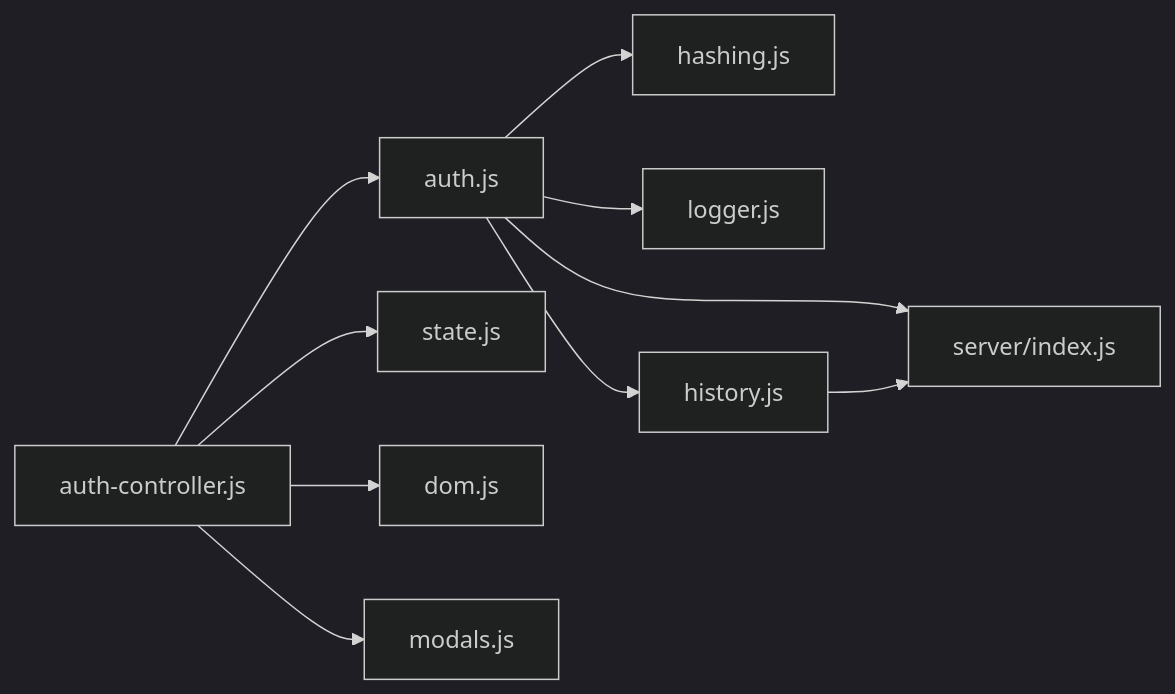
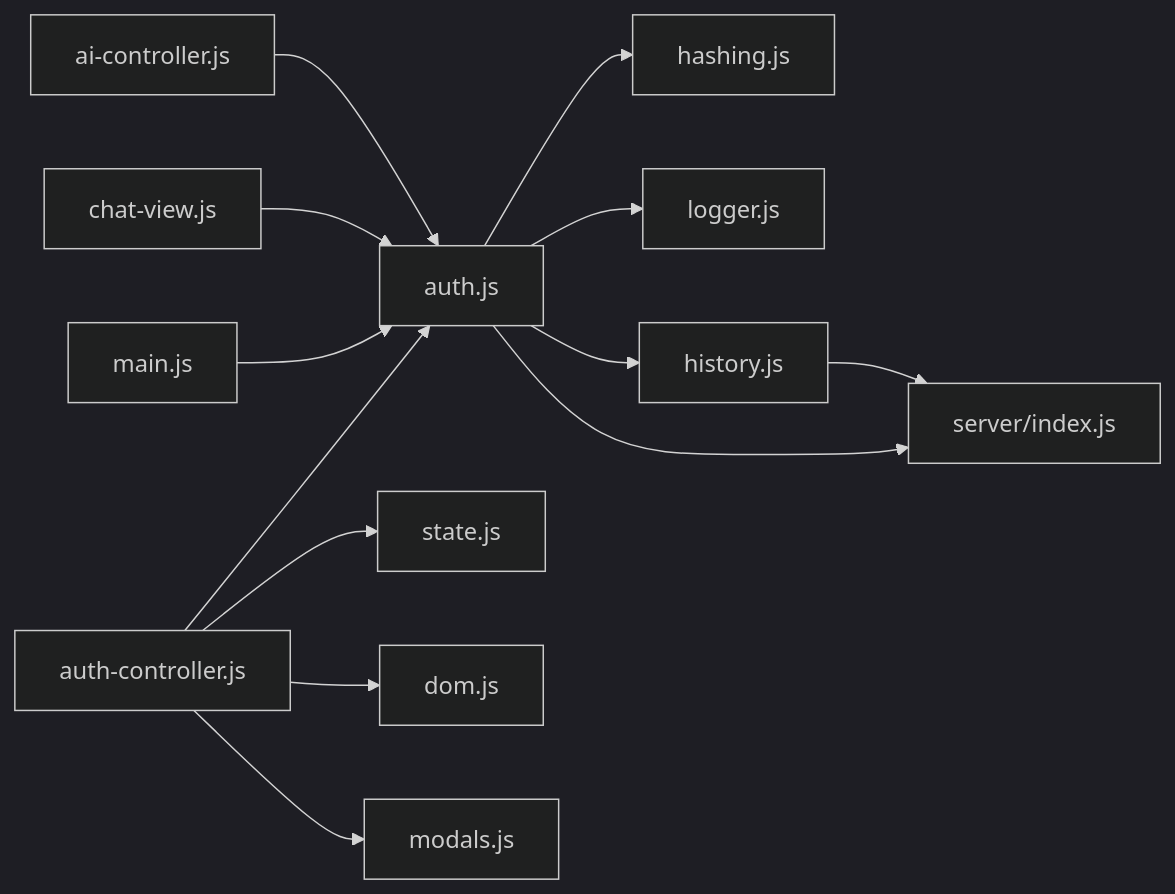
One commit to ghg618-ui/meihuayili-3.8 changed the fourth of 4 diagrams in .qoder/repowiki/zh/content/核心模块/认证系统.md. Above: the diagram before and after it, drawn with Mermaid (dark theme). The commit also changed other lines of this file and 6 other files, not shown here.

````diff
--- a/.qoder/repowiki/zh/content/核心模块/认证系统.md
+++ b/.qoder/repowiki/zh/content/核心模块/认证系统.md
@@ -344,12 +456,15 @@
 ```mermaid
 graph LR
 AC["auth-controller.js"] --> AS["auth.js"]
 AC --> ST["state.js"]
 AC --> DM["dom.js"]
 AC --> MD["modals.js"]
 AS --> HM["hashing.js"]
 AS --> LG["logger.js"]
 AS --> HIS["history.js"]
 AS --> SV["server/index.js"]
+AIC["ai-controller.js"] --> AS
+CV["chat-view.js"] --> AS
+MAIN["main.js"] --> AS
 HIS --> SV
 ```
````
